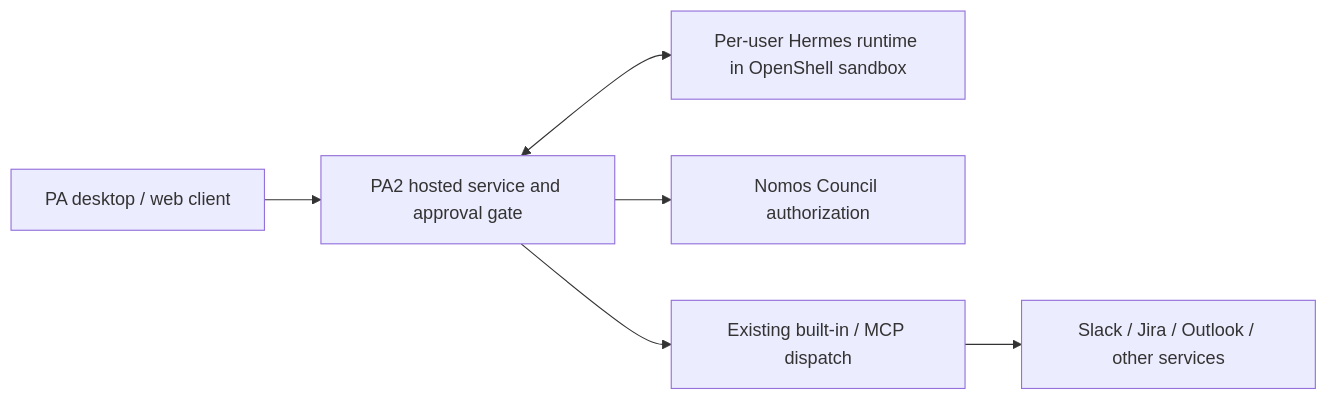
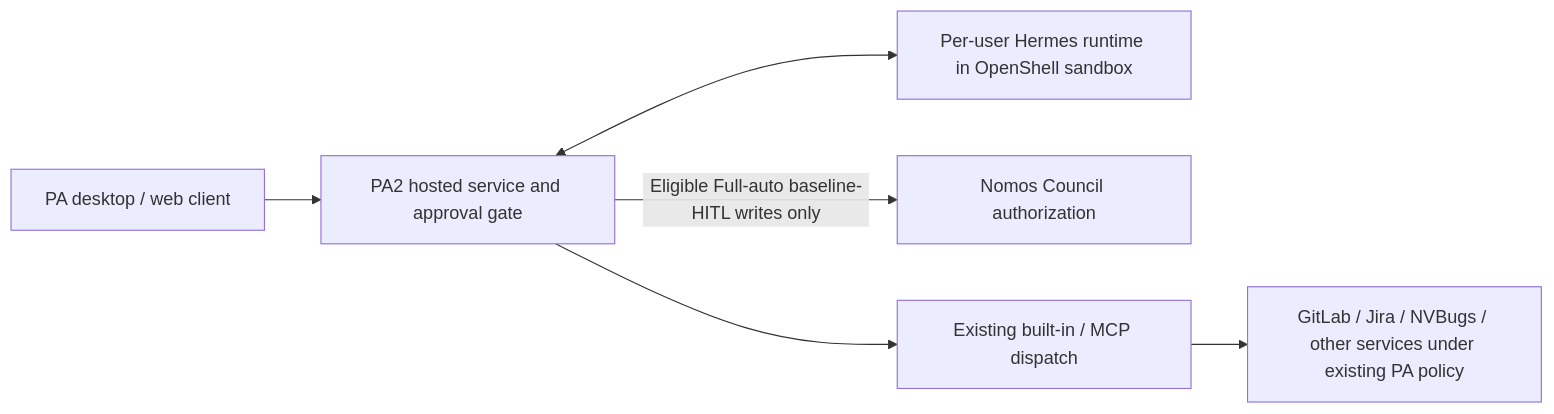
Before and after one commit to NVIDIA/Nomos: the first of 6 diagrams in docs/proposals/pa2-autonomous-write-authorization.md, drawn with Mermaid. The commit also changed other lines of this file, not shown here.

````diff
--- a/docs/proposals/pa2-autonomous-write-authorization.md
+++ b/docs/proposals/pa2-autonomous-write-authorization.md
@@ -51,8 +136,8 @@
 ```mermaid
 flowchart LR
   Desktop[PA desktop / web client] --> PA[PA2 hosted service and approval gate]
   PA <--> Hermes[Per-user Hermes runtime in OpenShell sandbox]
-  PA --> Council[Nomos Council authorization]
+  PA -->|Eligible Full-auto baseline-HITL writes only| Council[Nomos Council authorization]
   PA --> Tools[Existing built-in / MCP dispatch]
-  Tools --> Services[Slack / Jira / Outlook / other services]
+  Tools --> Services[GitLab / Jira / NVBugs / other services under existing PA policy]
 ```
````
